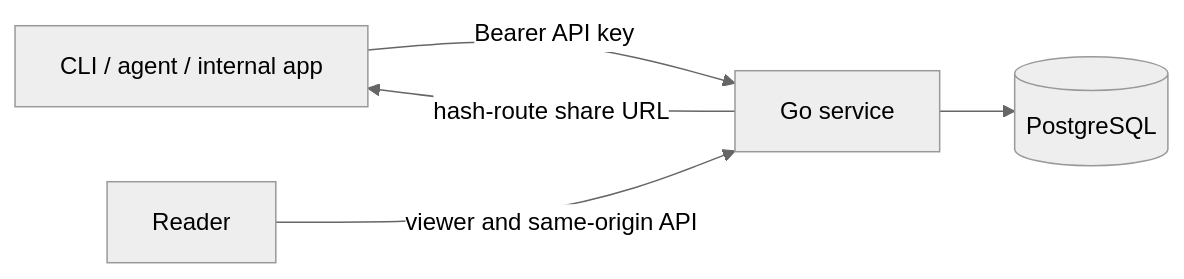
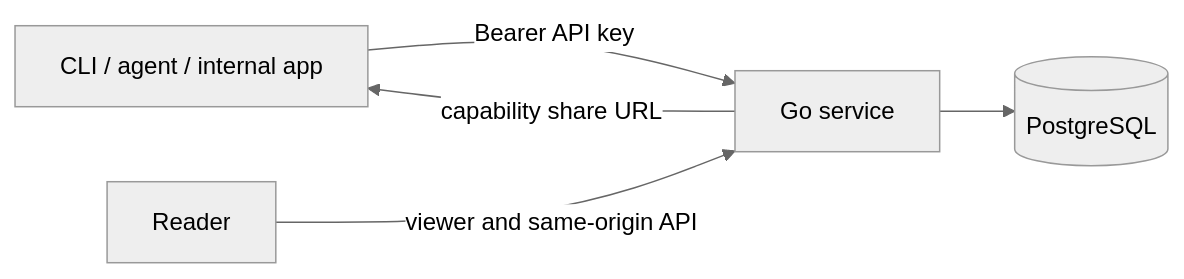
One commit to narumiruna/morsel changed the first of 2 diagrams in README.md. Above: the diagram before and after it, drawn with Mermaid (neutral theme). The commit also changed other lines of this file and 19 other files, not shown here.

````diff
--- a/README.md
+++ b/README.md
@@ -93,7 +96,7 @@
 ```mermaid
 flowchart LR
     Client[CLI / agent / internal app] -->|Bearer API key| Morsel[Go service]
     Reader[Reader] -->|viewer and same-origin API| Morsel
     Morsel --> DB[(PostgreSQL)]
-    Morsel -->|hash-route share URL| Client
+    Morsel -->|capability share URL| Client
 ```
````
